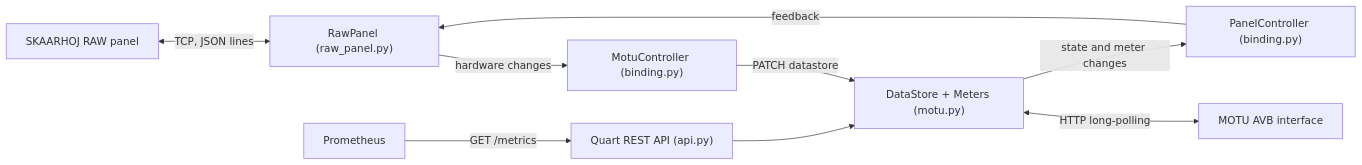
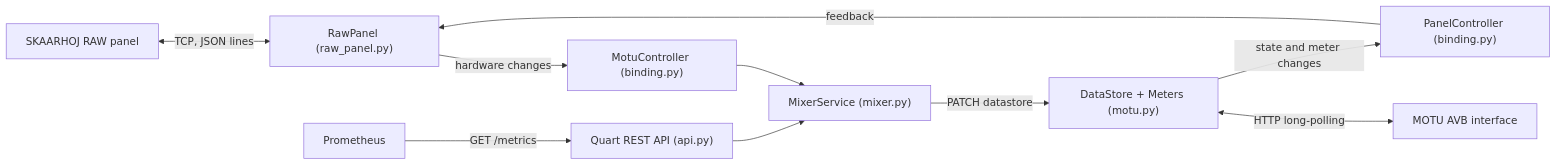
The diagram in README.md (yukinmax/motu-bridge), drawn with Mermaid before and after one commit. The commit also changed other lines of this file and 10 other files, not shown here.

Commit message:
Route panel input through the mixer service

````diff
--- a/README.md
+++ b/README.md
@@ -30,11 +30,12 @@
 ```mermaid
 flowchart LR
     Panel["SKAARHOJ RAW panel"] <-->|"TCP, JSON lines"| RP["RawPanel (raw_panel.py)"]
     RP -->|"hardware changes"| MC["MotuController (binding.py)"]
-    MC -->|"PATCH datastore"| DS["DataStore + Meters (motu.py)"]
+    MC --> MS["MixerService (mixer.py)"]
+    MS -->|"PATCH datastore"| DS["DataStore + Meters (motu.py)"]
     DS <-->|"HTTP long-polling"| Motu["MOTU AVB interface"]
     DS -->|"state and meter changes"| PC["PanelController (binding.py)"]
     PC -->|"feedback"| RP
-    API["Quart REST API (api.py)"] --> DS
+    API["Quart REST API (api.py)"] --> MS
     Prom["Prometheus"] -->|"GET /metrics"| API
 ```
````
